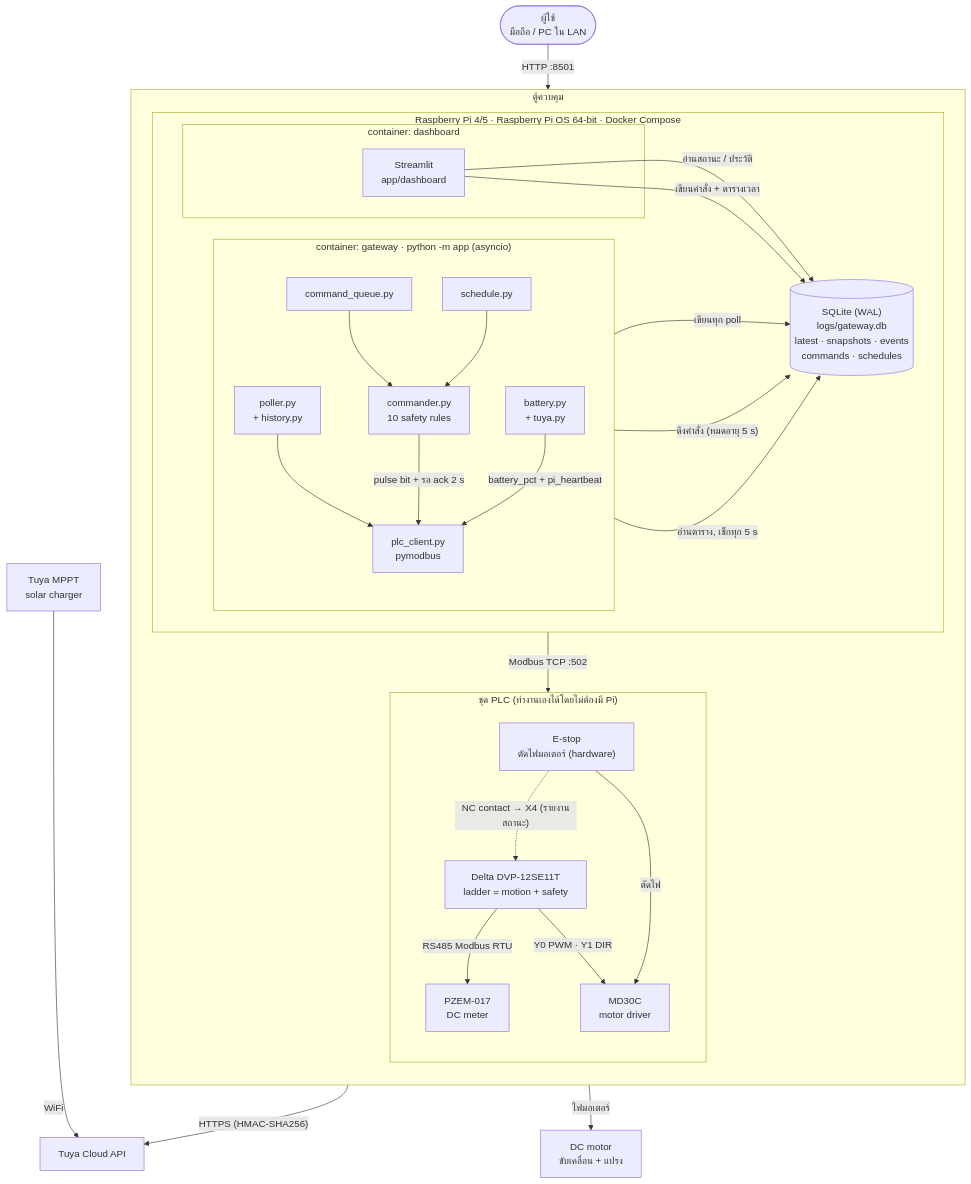
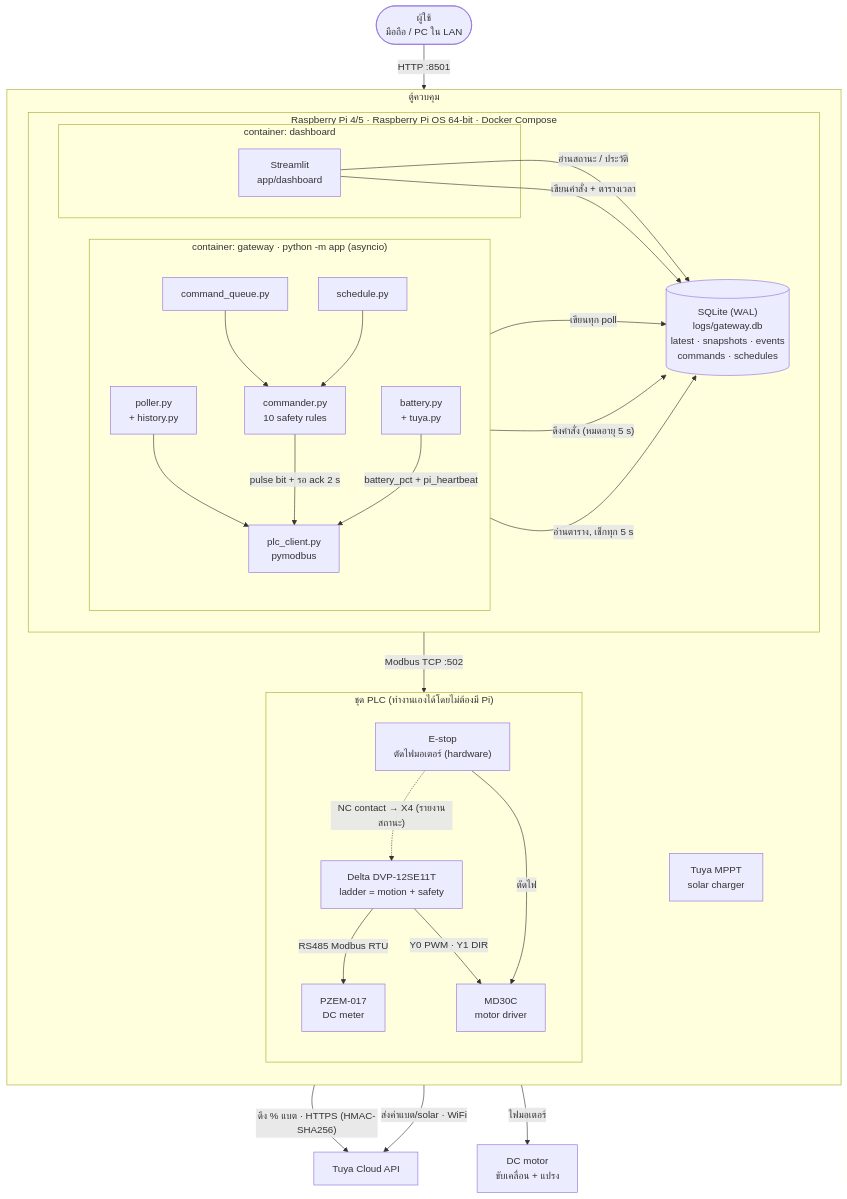
One commit to 9Take/Solar-Panel-Cleaning-Robot-via-IoT changed the diagram in docs/tech-stack.md. Above: the diagram before and after it, drawn with Mermaid. The commit also changed other lines of this file, not shown here.

Commit message:
Move Tuya MPPT into the control cabinet in tech stack diagram
The MPPT sits in the cabinet and reports to Tuya Cloud over WiFi; the Pi
reads battery values from the cloud, not from the MPPT directly. Only the
motor is outside the cabinet.

````diff
--- a/docs/tech-stack.md
+++ b/docs/tech-stack.md
@@ -5,60 +5,61 @@
 ```mermaid
 flowchart TB
     user(["ผู้ใช้<br/>มือถือ / PC ใน LAN"])
 
     subgraph cab["ตู้ควบคุม"]
         direction TB
         subgraph pi["Raspberry Pi 4/5 · Raspberry Pi OS 64-bit · Docker Compose"]
             direction LR
             subgraph dash["container: dashboard"]
                 st["Streamlit<br/>app/dashboard"]
             end
             db[("SQLite (WAL)<br/>logs/gateway.db<br/>latest · snapshots · events<br/>commands · schedules")]
             subgraph gw["container: gateway · python -m app (asyncio)"]
                 direction TB
                 poller["poller.py<br/>+ history.py"]
                 queue["command_queue.py"]
                 sched["schedule.py"]
                 cmdr["commander.py<br/>10 safety rules"]
                 batt["battery.py<br/>+ tuya.py"]
                 client["plc_client.py<br/>pymodbus"]
             end
         end
 
         subgraph ctrl["ชุด PLC (ทำงานเองได้โดยไม่ต้องมี Pi)"]
             direction TB
             plc["Delta DVP-12SE11T<br/>ladder = motion + safety"]
             pzem["PZEM-017<br/>DC meter"]
             md30["MD30C<br/>motor driver"]
             estop["E-stop<br/>ตัดไฟมอเตอร์ (hardware)"]
         end
+
+        mppt["Tuya MPPT<br/>solar charger"]
     end
 
     motor["DC motor<br/>ขับเคลื่อน + แปรง"]
 
     tuya["Tuya Cloud API"]
-    mppt["Tuya MPPT<br/>solar charger"]
 
     user -- "HTTP :8501" --> st
     st -- "อ่านสถานะ / ประวัติ" --> db
     st -- "เขียนคำสั่ง + ตารางเวลา" --> db
 
     poller -- "เขียนทุก poll" --> db
     queue -- "ดึงคำสั่ง (หมดอายุ 5 s)" --> db
     sched -- "อ่านตาราง, เช็กทุก 5 s" --> db
     queue --> cmdr
     sched --> cmdr
     poller --> client
     cmdr -- "pulse bit + รอ ack 2 s" --> client
     batt -- "battery_pct + pi_heartbeat" --> client
 
     client -- "Modbus TCP :502" --> plc
-    batt -- "HTTPS (HMAC-SHA256)" --> tuya
-    mppt -- "WiFi" --> tuya
+    batt -- "ดึง % แบต · HTTPS (HMAC-SHA256)" --> tuya
+    mppt -- "ส่งค่าแบต/solar · WiFi" --> tuya
 
     plc -- "RS485 Modbus RTU" --> pzem
     plc -- "Y0 PWM · Y1 DIR" --> md30
     estop -. "NC contact → X4 (รายงานสถานะ)" .-> plc
     estop -- "ตัดไฟ" --> md30
     md30 -- "ไฟมอเตอร์" --> motor
 ```
````
